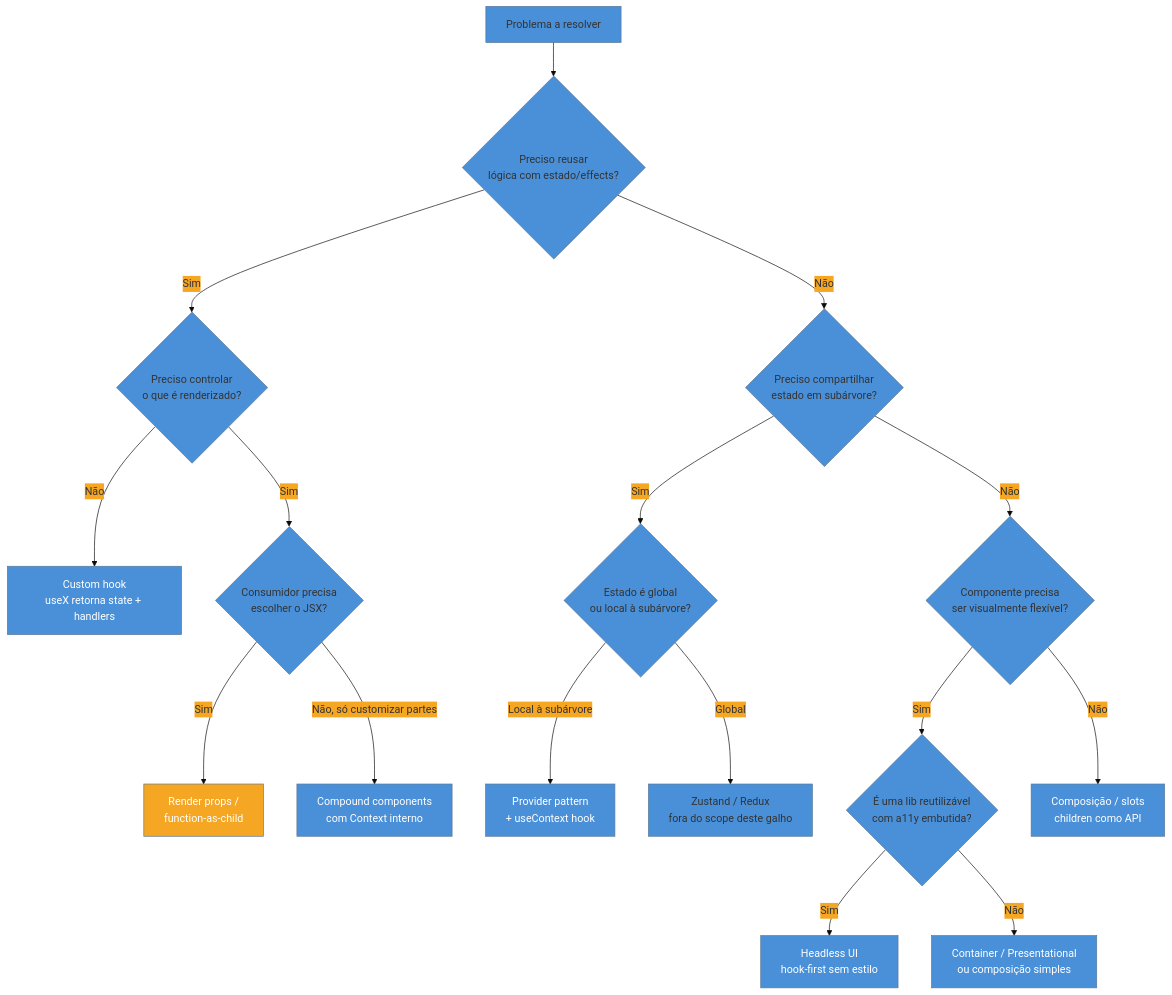
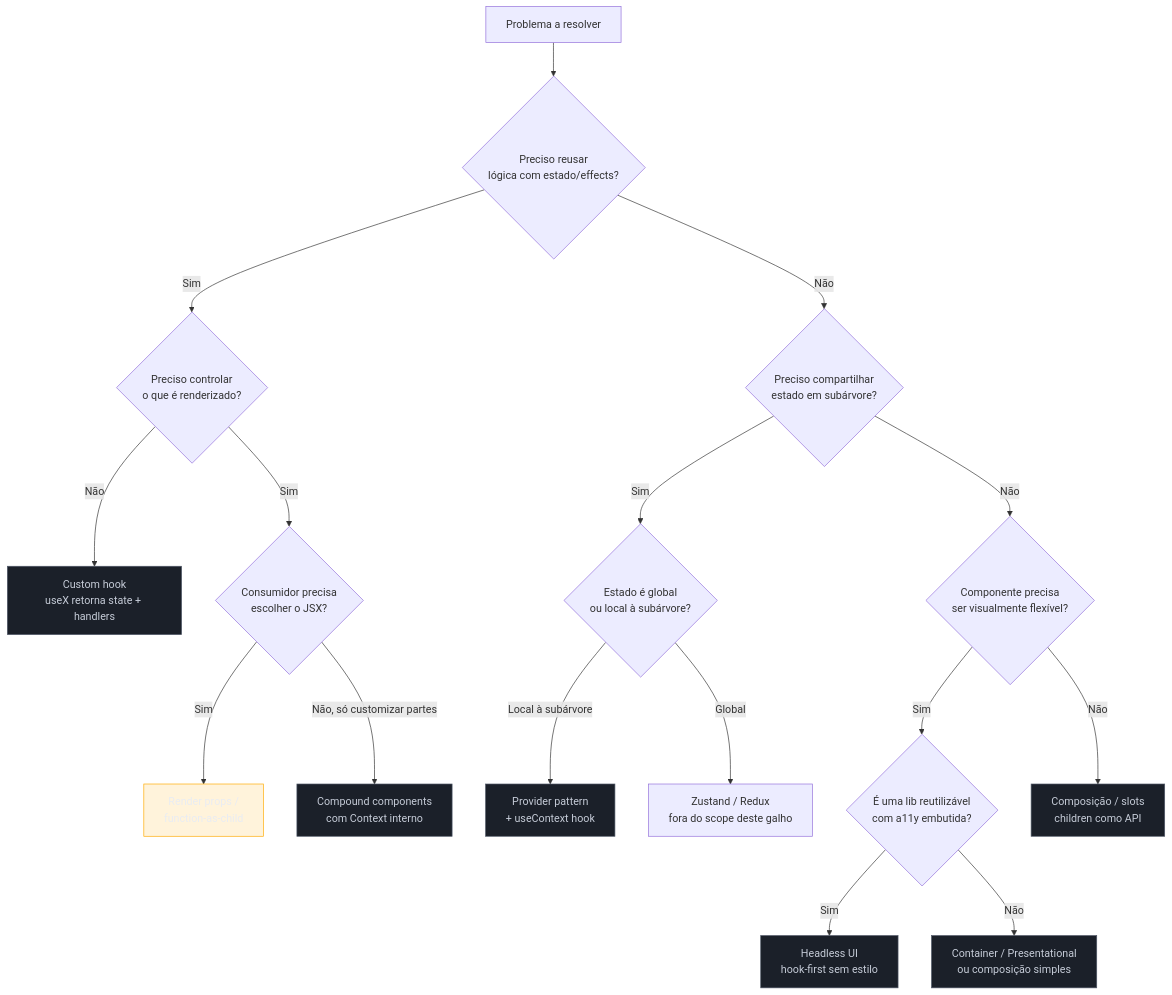
The second of 2 diagrams in 03-Dominios/Tecnologia/React/Design Patterns/12 - Capstone - escolher o padrão certo e em entrevista.md (josenaldo/codex-technomanticus), drawn with Mermaid before and after one commit. The commit also changed other lines of this file and 1181 other files, not shown here.

First line of the commit message:
fix(diagramas): paleta do sistema no lugar de cor cravada no markdown

````diff
--- a/03-Dominios/Tecnologia/React/Design Patterns/12 - Capstone - escolher o padrão certo e em entrevista.md
+++ b/03-Dominios/Tecnologia/React/Design Patterns/12 - Capstone - escolher o padrão certo e em entrevista.md
@@ -100,33 +99,34 @@
 ```mermaid
-%%{init: {"theme": "base", "themeVariables": {"primaryColor": "#4A90D9", "secondaryColor": "#F5A623", "tertiaryColor": "#D0021B"}}}%%
 flowchart TD
+    classDef neutro fill:#1B2029,stroke:#4E5666,color:#C6CCD8
+    classDef destaque fill:#FFAA0024,stroke:#FFAA00,color:#E9ECF2
     A[Problema a resolver] --> B{Preciso reusar\nlógica com estado/effects?}
     B -->|Sim| C{Preciso controlar\no que é renderizado?}
     B -->|Não| D{Preciso compartilhar\nestado em subárvore?}
 
     C -->|Não| E[Custom hook\nuseX retorna state + handlers]
     C -->|Sim| F{Consumidor precisa\nescolher o JSX?}
 
     F -->|Sim| G[Render props /\nfunction-as-child]
     F -->|Não, só customizar partes| H[Compound components\ncom Context interno]
 
     D -->|Sim| I{Estado é global\nou local à subárvore?}
     D -->|Não| J{Componente precisa\nser visualmente flexível?}
 
     I -->|Local à subárvore| K[Provider pattern\n+ useContext hook]
     I -->|Global| L[Zustand / Redux\nfora do scope deste galho]
 
     J -->|Sim| M{É uma lib reutilizável\ncom a11y embutida?}
     J -->|Não| N[Composição / slots\nchildren como API]
 
     M -->|Sim| O[Headless UI\nhook-first sem estilo]
     M -->|Não| P[Container / Presentational\nou composição simples]
 
-    style E fill:#4A90D9,color:#fff
-    style H fill:#4A90D9,color:#fff
-    style K fill:#4A90D9,color:#fff
-    style O fill:#4A90D9,color:#fff
-    style G fill:#F5A623,color:#fff
-    style N fill:#4A90D9,color:#fff
-    style P fill:#4A90D9,color:#fff
+    class E neutro
+    class H neutro
+    class K neutro
+    class O neutro
+    class G destaque
+    class N neutro
+    class P neutro
 ```
````
